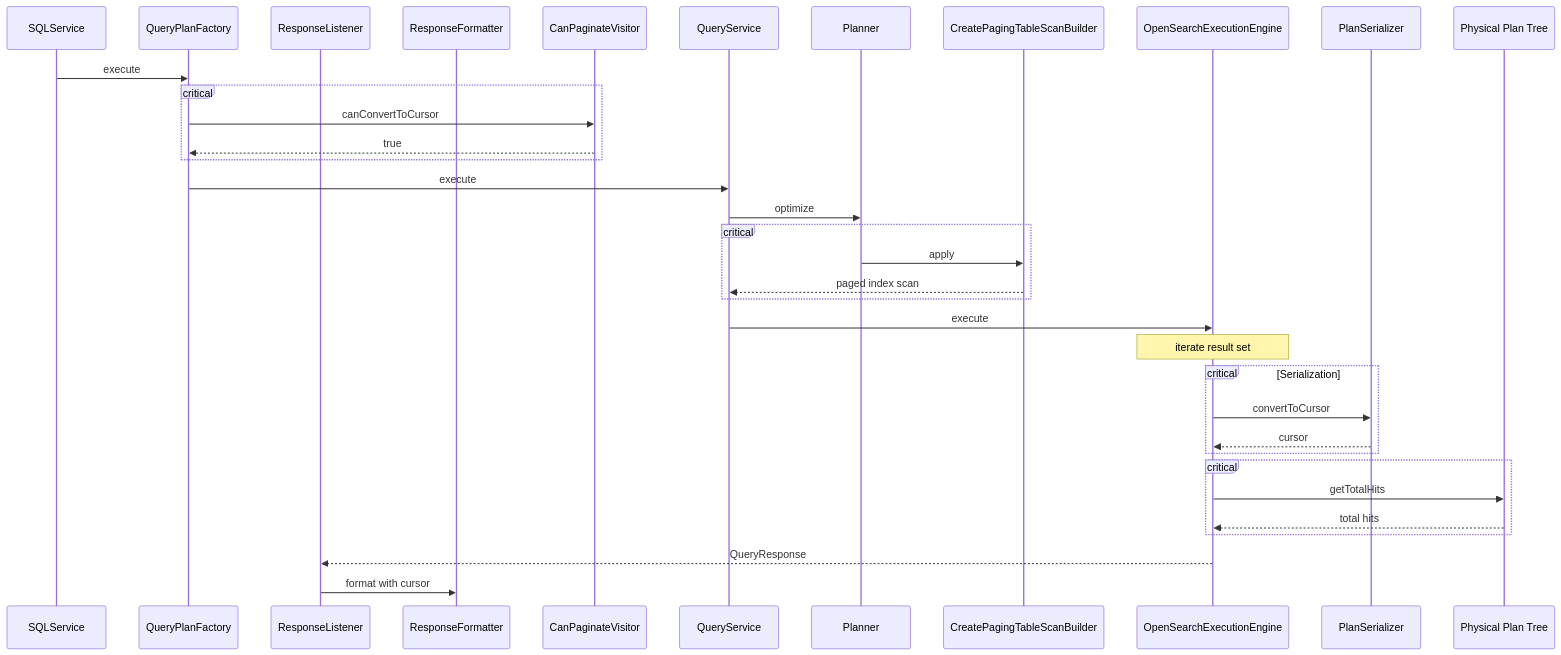
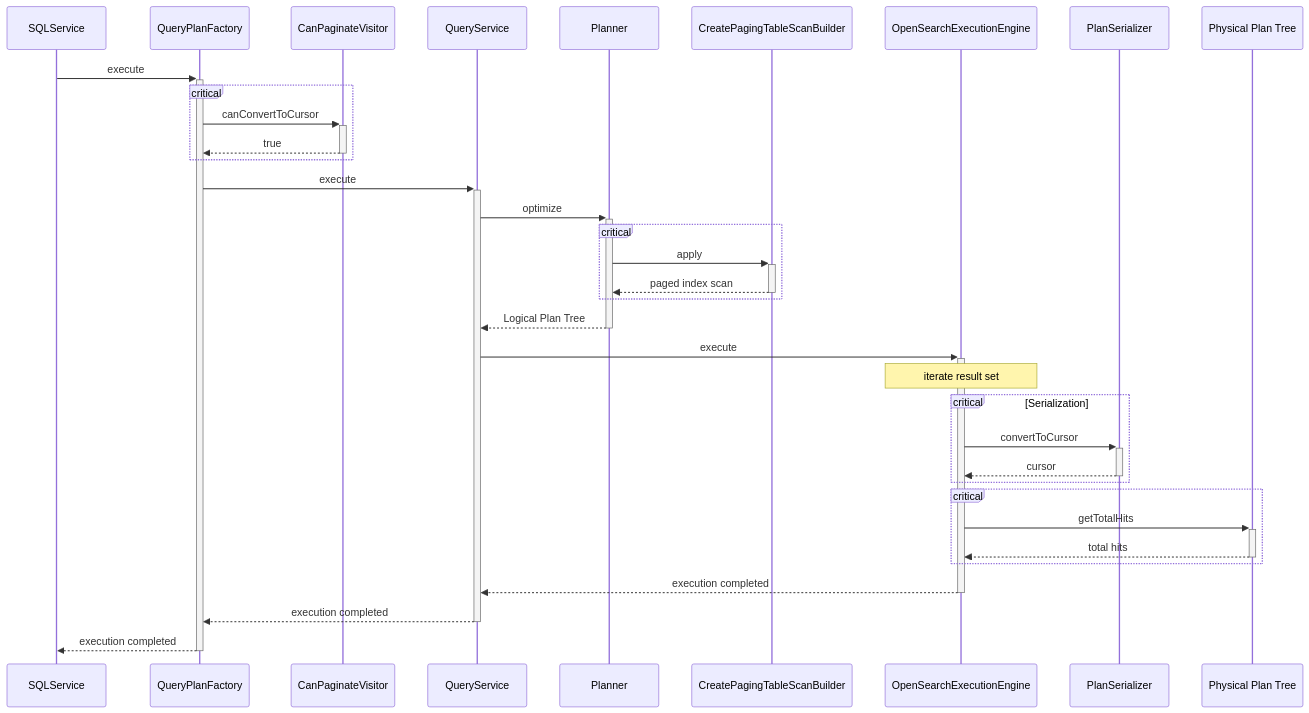
The first of 6 diagrams in docs/dev/Pagination-v2.md (opensearch-project/sql), drawn with Mermaid before and after one commit. The commit also changed other lines of this file, not shown here.

Commit message:
Update design graphs.

````diff
--- a/docs/dev/Pagination-v2.md
+++ b/docs/dev/Pagination-v2.md
@@ -107,38 +107,38 @@
 ```mermaid
 sequenceDiagram
     participant SQLService
     participant QueryPlanFactory
-    participant ResponseListener
-    participant ResponseFormatter
     participant CanPaginateVisitor
     participant QueryService
     participant Planner
     participant CreatePagingTableScanBuilder
     participant OpenSearchExecutionEngine
     participant PlanSerializer
     participant Physical Plan Tree
 
-SQLService->>QueryPlanFactory:execute
+SQLService->>+QueryPlanFactory: execute
   critical
-  QueryPlanFactory->>CanPaginateVisitor:canConvertToCursor
-    CanPaginateVisitor-->>QueryPlanFactory:true
+  QueryPlanFactory->>+CanPaginateVisitor: canConvertToCursor
+    CanPaginateVisitor-->>-QueryPlanFactory: true
   end
-  QueryPlanFactory->>QueryService:execute
-    QueryService->>Planner:optimize
+  QueryPlanFactory->>+QueryService: execute
+    QueryService->>+Planner: optimize
       critical
-      Planner->>CreatePagingTableScanBuilder:apply
-        CreatePagingTableScanBuilder-->>QueryService:paged index scan
+      Planner->>+CreatePagingTableScanBuilder: apply
+        CreatePagingTableScanBuilder-->>-Planner: paged index scan
       end
-    QueryService->>OpenSearchExecutionEngine:execute
+      Planner-->>-QueryService: Logical Plan Tree
+    QueryService->>+OpenSearchExecutionEngine: execute
       Note over OpenSearchExecutionEngine: iterate result set
       critical Serialization
-      OpenSearchExecutionEngine->>PlanSerializer:convertToCursor
-        PlanSerializer-->>OpenSearchExecutionEngine:cursor
+      OpenSearchExecutionEngine->>+PlanSerializer: convertToCursor
+        PlanSerializer-->>-OpenSearchExecutionEngine: cursor
       end
       critical
-      OpenSearchExecutionEngine->>Physical Plan Tree:getTotalHits
-        Physical Plan Tree-->>OpenSearchExecutionEngine:total hits
+      OpenSearchExecutionEngine->>+Physical Plan Tree: getTotalHits
+        Physical Plan Tree-->>-OpenSearchExecutionEngine: total hits
       end
-      OpenSearchExecutionEngine-->>ResponseListener:QueryResponse
-    ResponseListener->>ResponseFormatter:format with cursor
+      OpenSearchExecutionEngine-->>-QueryService: execution completed
+    QueryService-->>-QueryPlanFactory: execution completed
+  QueryPlanFactory-->>-SQLService: execution completed
 ```
````
